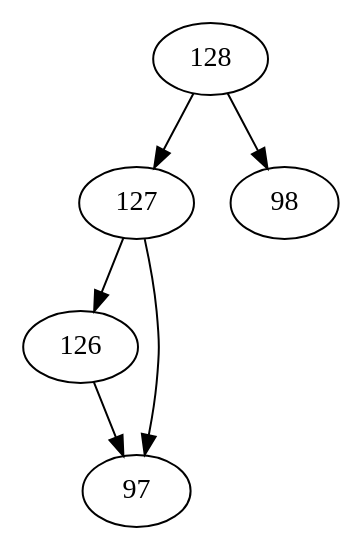
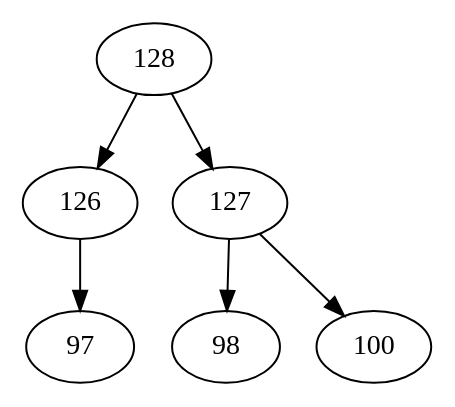
One commit to TsitouhRanjafy/algorithme changed the diagram in tokenizer/bpe.dot. Above: the diagram before and after it, drawn with Graphviz. The commit also changed 2 other files, not shown here.

```diff
--- a/tokenizer/bpe.dot
+++ b/tokenizer/bpe.dot
@@ -1,1 +1,1 @@
-digraph{ 126 -> {97,97} 127 -> {126,97} 128 -> {127,98} }
+digraph{ 126 -> {97,97} 127 -> {98,100} 128 -> {127,126} }
```
